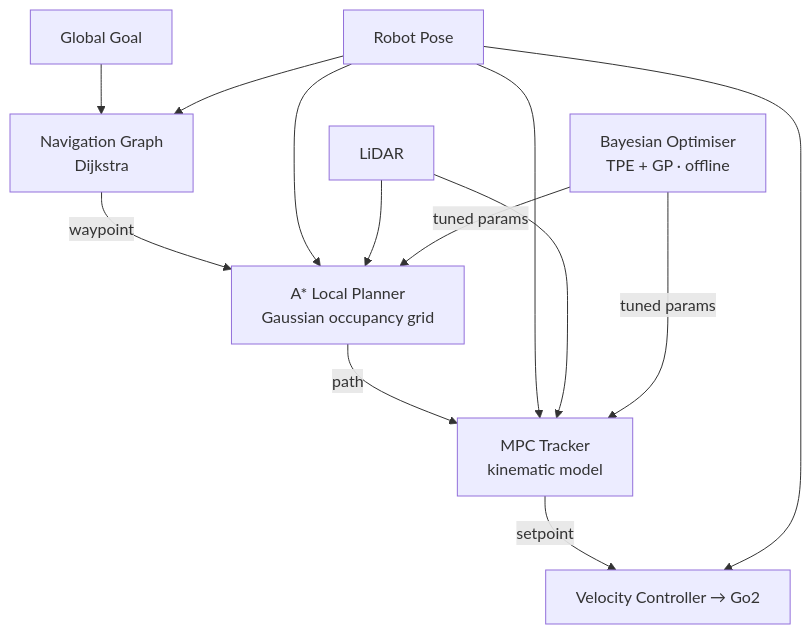
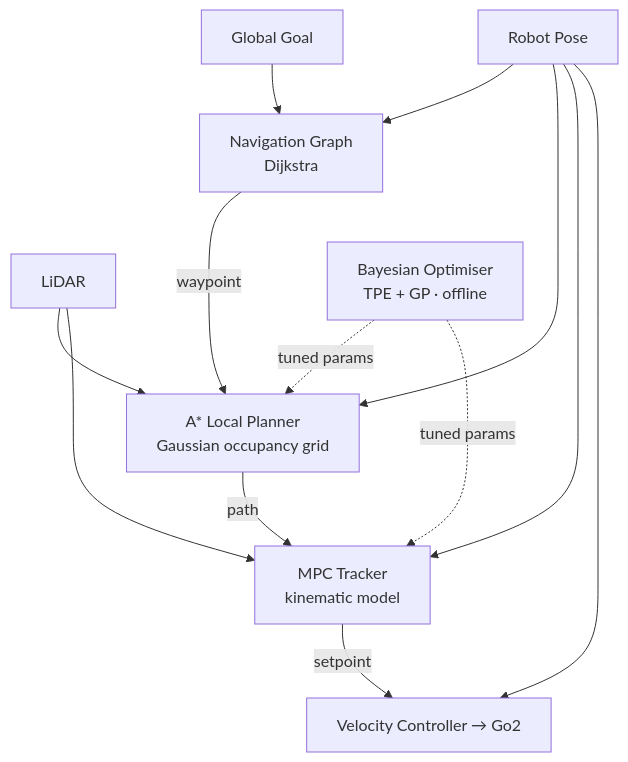
The diagram in README.md (mateogom400/NOC_project), drawn with Mermaid before and after one commit.

Commit message:
sys arch flowchart

````diff
--- a/README.md
+++ b/README.md
@@ -11,30 +11,27 @@
 ```mermaid
 flowchart TD
     POSE["Robot Pose"]
     LIDAR["LiDAR"]
     GOAL["Global Goal"]
 
     NAVGRAPH["Navigation Graph\nDijkstra"]
     ASTAR["A* Local Planner\nGaussian occupancy grid"]
     MPC["MPC Tracker\nkinematic model"]
     CTRL["Velocity Controller  →  Go2"]
-
     OPT["Bayesian Optimiser\nTPE + GP  ·  offline"]
 
     GOAL --> NAVGRAPH
     POSE --> NAVGRAPH
     NAVGRAPH -- waypoint --> ASTAR
-
+    LIDAR --> ASTAR
     POSE --> ASTAR
-    LIDAR --> ASTAR
     ASTAR -- path --> MPC
-
     POSE --> MPC
     LIDAR --> MPC
     MPC -- setpoint --> CTRL
-
     POSE --> CTRL
 
-    OPT -- tuned params --> MPC
-    OPT -- tuned params --> ASTAR
+    NAVGRAPH ~~~ OPT
+    OPT -. tuned params .-> ASTAR
+    OPT -. tuned params .-> MPC
 ```
````
